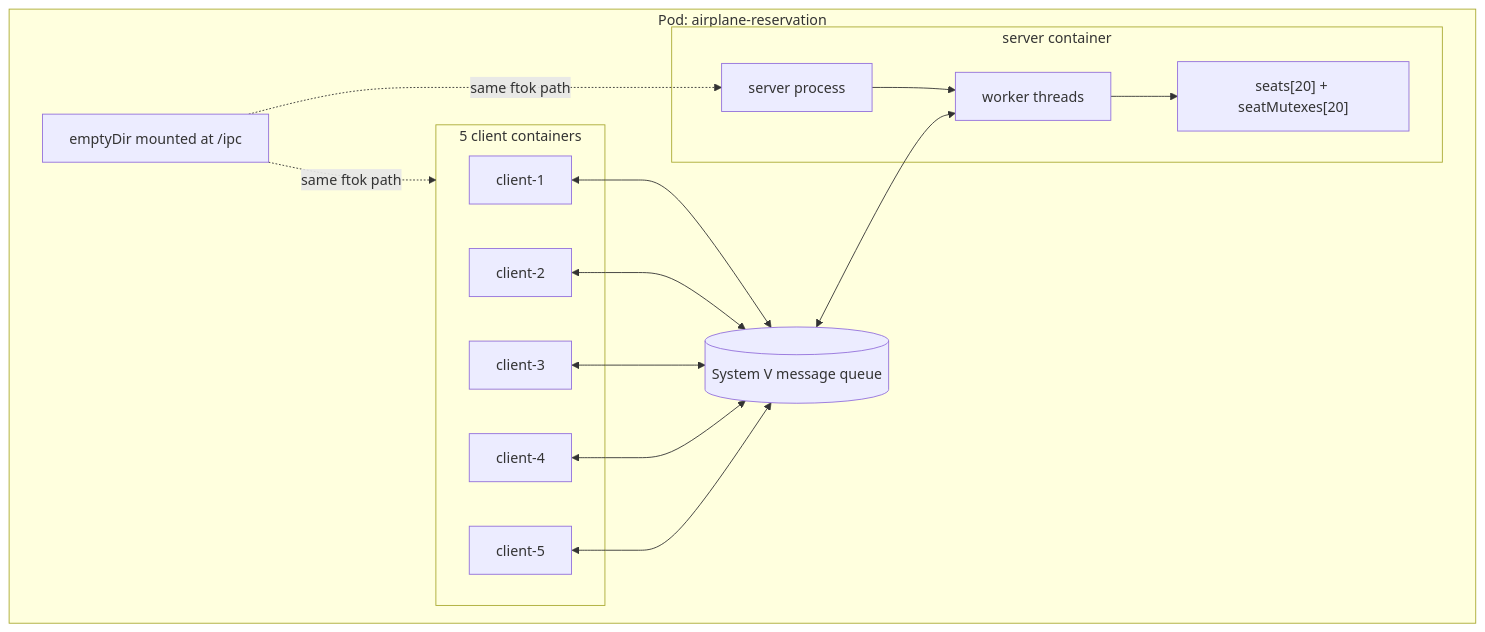
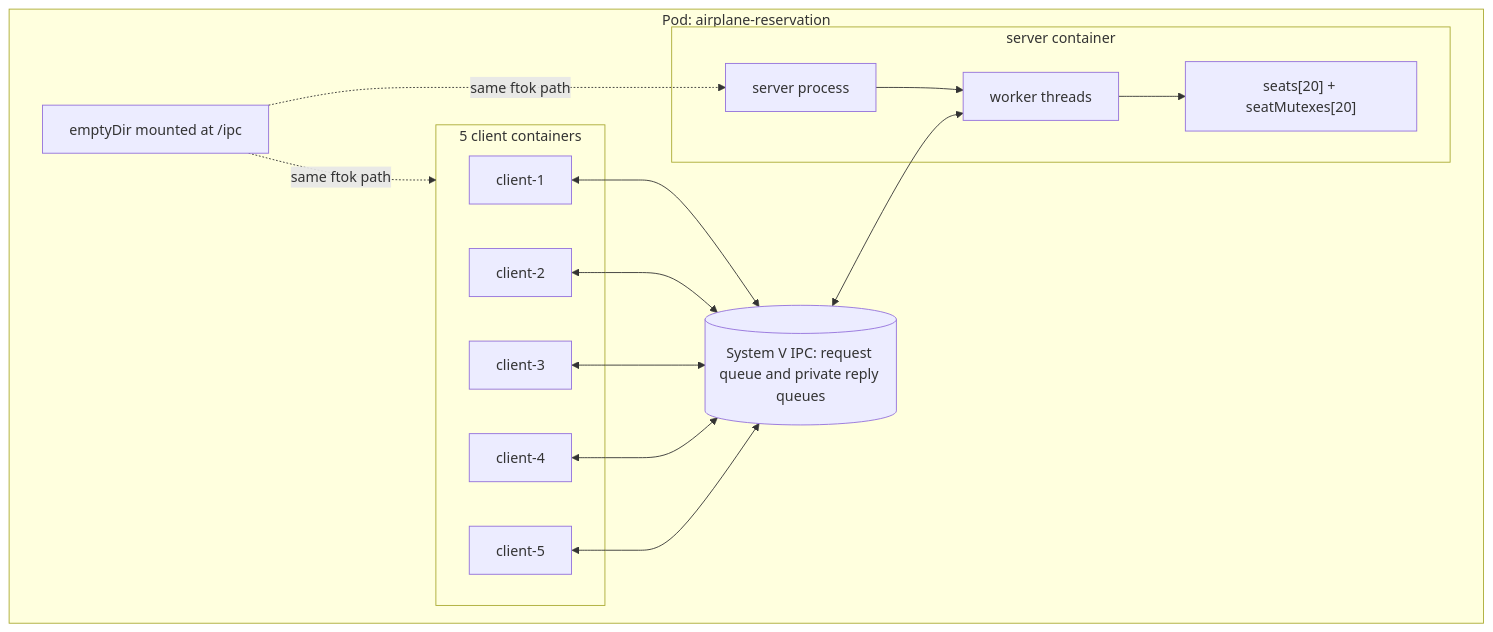
One commit to vixvify/airplane-booking changed the second of 5 diagrams in docs/architecture.md. Above: the diagram before and after it, drawn with Mermaid. The commit also changed other lines of this file and 29 other files, not shown here.

````diff
--- a/docs/architecture.md
+++ b/docs/architecture.md
@@ -45,31 +46,31 @@
 ```mermaid
 flowchart TB
     subgraph Pod["Pod: airplane-reservation"]
         subgraph ServerContainer["server container"]
             Server["server process"]
             WorkerPool["worker threads"]
             SeatState["seats[20] + seatMutexes[20]"]
             Server --> WorkerPool --> SeatState
         end
 
         subgraph ClientContainers["5 client containers"]
             C1["client-1"]
             C2["client-2"]
             C3["client-3"]
             C4["client-4"]
             C5["client-5"]
         end
 
-        Queue[("System V message queue")]
+        Queue[("System V IPC: request queue and private reply queues")]
         SharedPath["emptyDir mounted at /ipc"]
 
         C1 <--> Queue
         C2 <--> Queue
         C3 <--> Queue
         C4 <--> Queue
         C5 <--> Queue
         Queue <--> WorkerPool
         SharedPath -. same ftok path .-> Server
         SharedPath -. same ftok path .-> ClientContainers
     end
 ```
````
